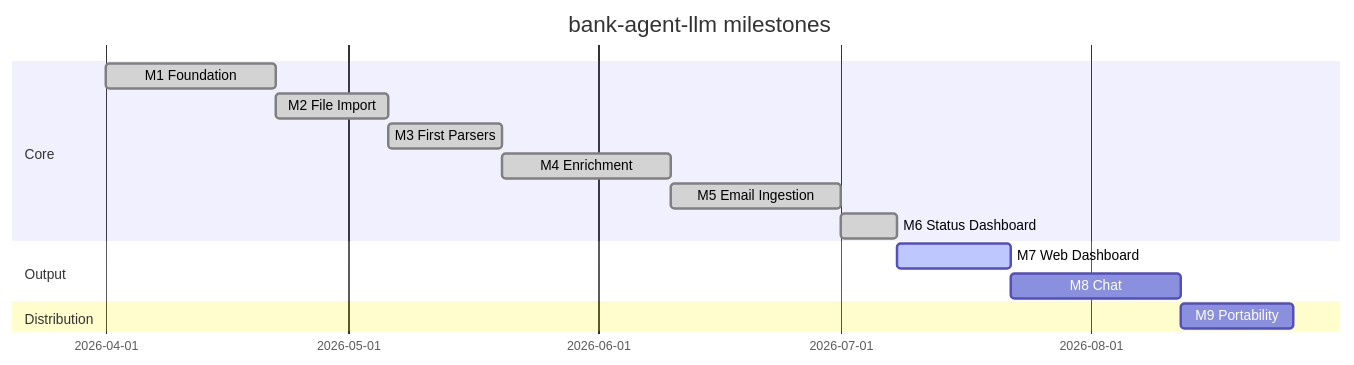
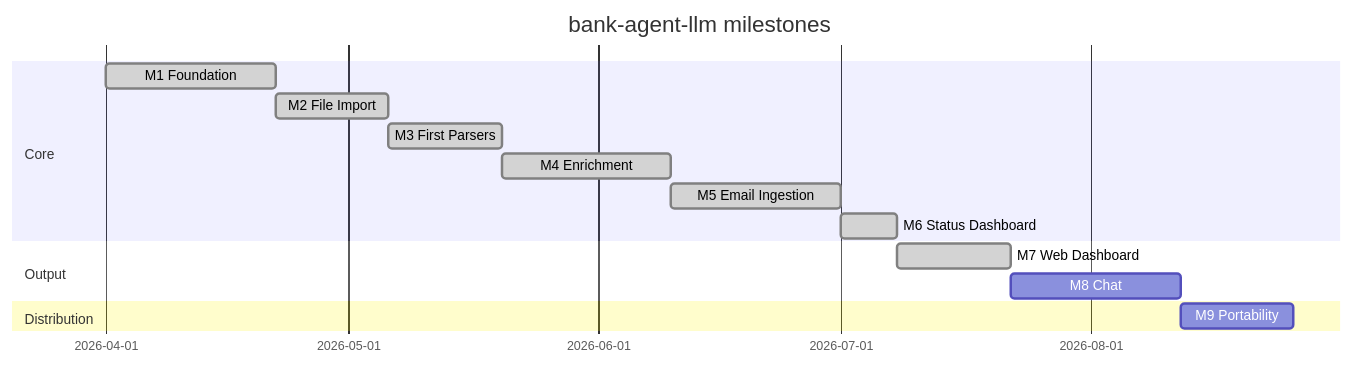
Before and after one commit to JuanLara18/bank-agent-llm: the diagram in docs/roadmap.md, drawn with Mermaid. The commit also changed other lines of this file and 1 other file, not shown here.

Commit message:
docs: mark M7 done, update module table and daily workflow

````diff
--- a/docs/roadmap.md
+++ b/docs/roadmap.md
@@ -5,17 +5,17 @@
 ```mermaid
 gantt
     title bank-agent-llm milestones
     dateFormat YYYY-MM
     section Core
     M1 Foundation       :done, m1, 2026-04, 3w
     M2 File Import      :done, m2, after m1, 2w
     M3 First Parsers    :done, m3, after m2, 2w
     M4 Enrichment       :done, m4, after m3, 3w
     M5 Email Ingestion  :done, m5, after m4, 3w
     M6 Status Dashboard :done, m6, after m5, 1w
     section Output
-    M7 Web Dashboard    :active, m7, after m6, 2w
+    M7 Web Dashboard    :done, m7, after m6, 2w
     M8 Chat             :m8, after m7, 3w
     section Distribution
     M9 Portability      :m9, after m8, 2w
 ```
````
